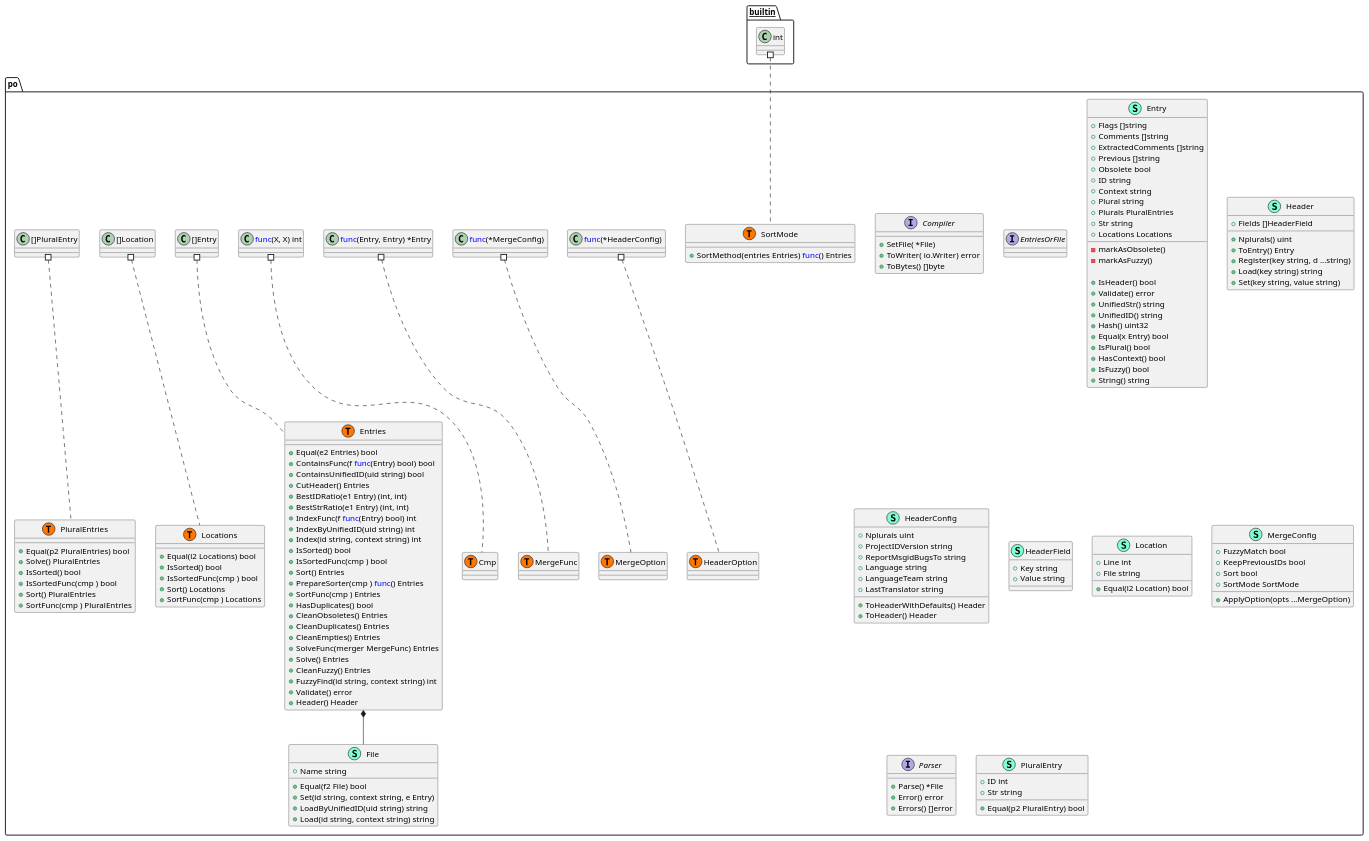
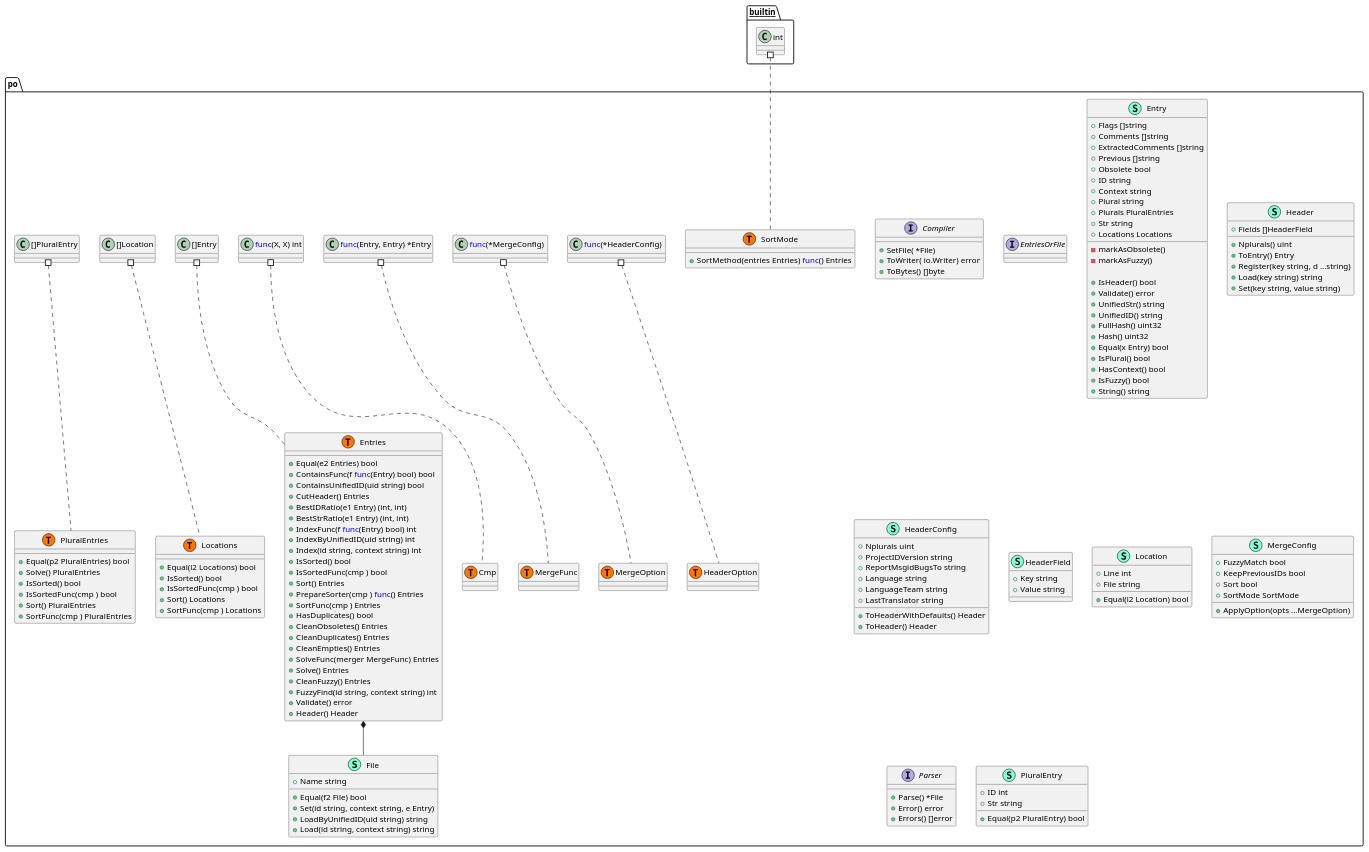
Before and after one commit to Tom5521/gotext-tools: the diagram in pkg/po/structure.puml, drawn with PlantUML. The commit also changed 19 other files, not shown here.

```diff
--- a/pkg/po/structure.puml
+++ b/pkg/po/structure.puml
@@ -1,180 +1,181 @@
 @startuml
 namespace po {
     interface Compiler  {
         + SetFile( *File) 
         + ToWriter( io.Writer) error
         + ToBytes() []byte
 
     }
     class Entries << (S,Aquamarine) >> {
         + Equal(e2 Entries) bool
         + ContainsFunc(f <font color=blue>func</font>(Entry) bool) bool
         + ContainsUnifiedID(uid string) bool
         + CutHeader() Entries
         + BestIDRatio(e1 Entry) (int, int)
         + BestStrRatio(e1 Entry) (int, int)
         + IndexFunc(f <font color=blue>func</font>(Entry) bool) int
         + IndexByUnifiedID(uid string) int
         + Index(id string, context string) int
         + IsSorted() bool
         + IsSortedFunc(cmp ) bool
         + Sort() Entries
         + PrepareSorter(cmp ) <font color=blue>func</font>() Entries
         + SortFunc(cmp ) Entries
         + HasDuplicates() bool
         + CleanObsoletes() Entries
         + CleanDuplicates() Entries
         + CleanEmpties() Entries
         + SolveFunc(merger MergeFunc) Entries
         + Solve() Entries
         + CleanFuzzy() Entries
         + FuzzyFind(id string, context string) int
         + Validate() error
         + Header() Header
 
     }
     interface EntriesOrFile  {
     }
     class Entry << (S,Aquamarine) >> {
         + Flags []string
         + Comments []string
         + ExtractedComments []string
         + Previous []string
         + Obsolete bool
         + ID string
         + Context string
         + Plural string
         + Plurals PluralEntries
         + Str string
         + Locations Locations
 
         - markAsObsolete() 
         - markAsFuzzy() 
 
         + IsHeader() bool
         + Validate() error
         + UnifiedStr() string
         + UnifiedID() string
+        + FullHash() uint32
         + Hash() uint32
         + Equal(x Entry) bool
         + IsPlural() bool
         + HasContext() bool
         + IsFuzzy() bool
         + String() string
 
     }
     class File << (S,Aquamarine) >> {
         + Name string
 
         + Equal(f2 File) bool
         + Set(id string, context string, e Entry) 
         + LoadByUnifiedID(uid string) string
         + Load(id string, context string) string
 
     }
     class Header << (S,Aquamarine) >> {
         + Fields []HeaderField
 
         + Nplurals() uint
         + ToEntry() Entry
         + Register(key string, d ...string) 
         + Load(key string) string
         + Set(key string, value string) 
 
     }
     class HeaderConfig << (S,Aquamarine) >> {
         + Nplurals uint
         + ProjectIDVersion string
         + ReportMsgidBugsTo string
         + Language string
         + LanguageTeam string
         + LastTranslator string
 
         + ToHeaderWithDefaults() Header
         + ToHeader() Header
 
     }
     class HeaderField << (S,Aquamarine) >> {
         + Key string
         + Value string
 
     }
     class Location << (S,Aquamarine) >> {
         + Line int
         + File string
 
         + Equal(l2 Location) bool
 
     }
     class Locations << (S,Aquamarine) >> {
         + Equal(l2 Locations) bool
         + IsSorted() bool
         + IsSortedFunc(cmp ) bool
         + Sort() Locations
         + SortFunc(cmp ) Locations
 
     }
     class MergeConfig << (S,Aquamarine) >> {
         + FuzzyMatch bool
         + KeepPreviousIDs bool
         + Sort bool
         + SortMode SortMode
 
         + ApplyOption(opts ...MergeOption) 
 
     }
     interface Parser  {
         + Parse() *File
         + Error() error
         + Errors() []error
 
     }
     class PluralEntries << (S,Aquamarine) >> {
         + Equal(p2 PluralEntries) bool
         + Solve() PluralEntries
         + IsSorted() bool
         + IsSortedFunc(cmp ) bool
         + Sort() PluralEntries
         + SortFunc(cmp ) PluralEntries
 
     }
     class PluralEntry << (S,Aquamarine) >> {
         + ID int
         + Str string
 
         + Equal(p2 PluralEntry) bool
 
     }
     class SortMode << (S,Aquamarine) >> {
         + SortMethod(entries Entries) <font color=blue>func</font>() Entries
 
     }
     class po.Cmp << (T, #FF7700) >>  {
     }
     class po.Entries << (T, #FF7700) >>  {
     }
     class po.HeaderOption << (T, #FF7700) >>  {
     }
     class po.Locations << (T, #FF7700) >>  {
     }
     class po.MergeFunc << (T, #FF7700) >>  {
     }
     class po.MergeOption << (T, #FF7700) >>  {
     }
     class po.PluralEntries << (T, #FF7700) >>  {
     }
     class po.SortMode << (T, #FF7700) >>  {
     }
 }
 "po.Entries" *-- "po.File"
 
 
 "__builtin__.int" #.. "po.SortMode"
 "po.<font color=blue>func</font>(*HeaderConfig) " #.. "po.HeaderOption"
 "po.<font color=blue>func</font>(*MergeConfig) " #.. "po.MergeOption"
 "po.<font color=blue>func</font>(Entry, Entry) *Entry" #.. "po.MergeFunc"
 "po.<font color=blue>func</font>(X, X) int" #.. "po.Cmp"
 "po.[]Entry" #.. "po.Entries"
 "po.[]Location" #.. "po.Locations"
 "po.[]PluralEntry" #.. "po.PluralEntries"
 @enduml
```
